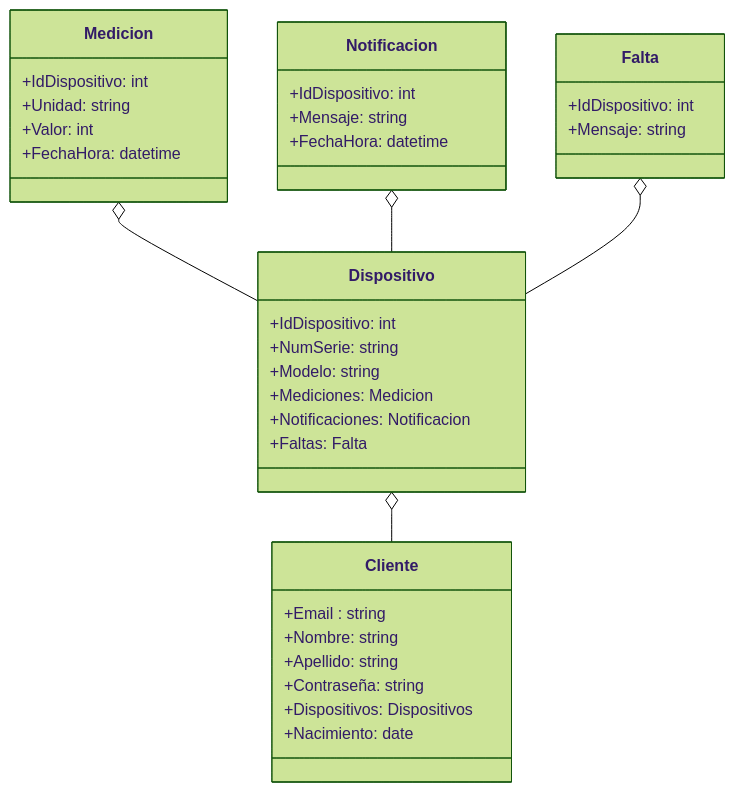
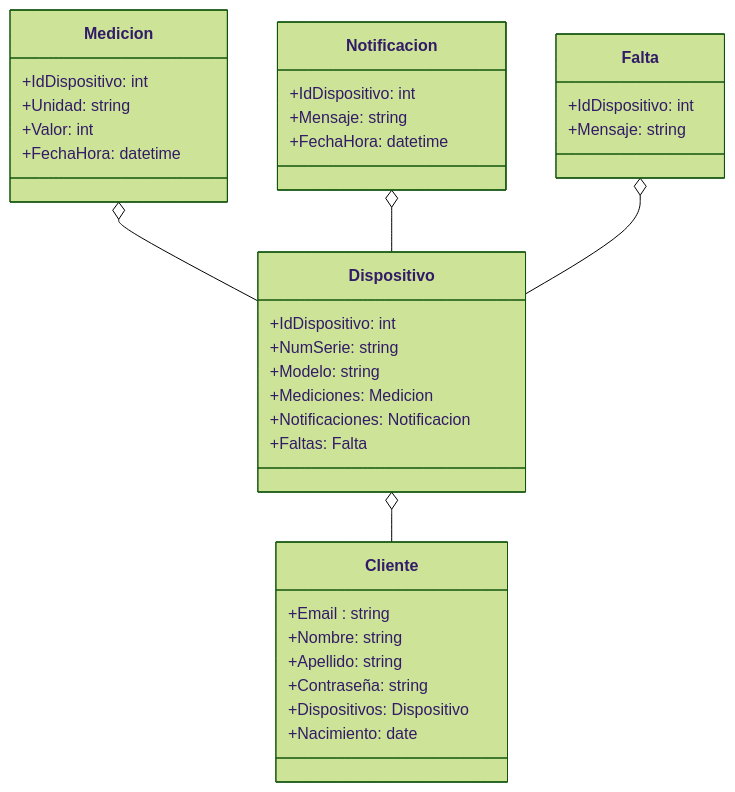
One commit to josesinio/REI changed the diagram in docs/Diagrama.mmd. Above: the diagram before and after it, drawn with Mermaid (forest theme).

Commit message:
Actualizar Diagrama.mmd

```diff
--- a/docs/Diagrama.mmd
+++ b/docs/Diagrama.mmd
@@ -1,44 +1,44 @@
 classDiagram
     Dispositivo o-- Cliente 
     Medicion o-- Dispositivo
     Notificacion o-- Dispositivo
     Falta o-- Dispositivo
 
     class Cliente {
     +Email : string
     +Nombre: string
     +Apellido: string
     +Contraseña: string
-    +Dispositivos: Dispositivos 
+    +Dispositivos: Dispositivo 
     +Nacimiento: date
     }
     
 
     class Dispositivo{
     +IdDispositivo: int   
     +NumSerie: string
     +Modelo: string
     +Mediciones: Medicion
     +Notificaciones: Notificacion
     +Faltas: Falta
     }
     
 
     class Falta{
     +IdDispositivo: int
     +Mensaje: string
     }
 
     class Medicion {
     +IdDispositivo: int
     +Unidad: string 
     +Valor: int
     +FechaHora: datetime
    }
     
 
     class Notificacion{
     +IdDispositivo: int 
     +Mensaje: string 
     +FechaHora: datetime 
 }
```
